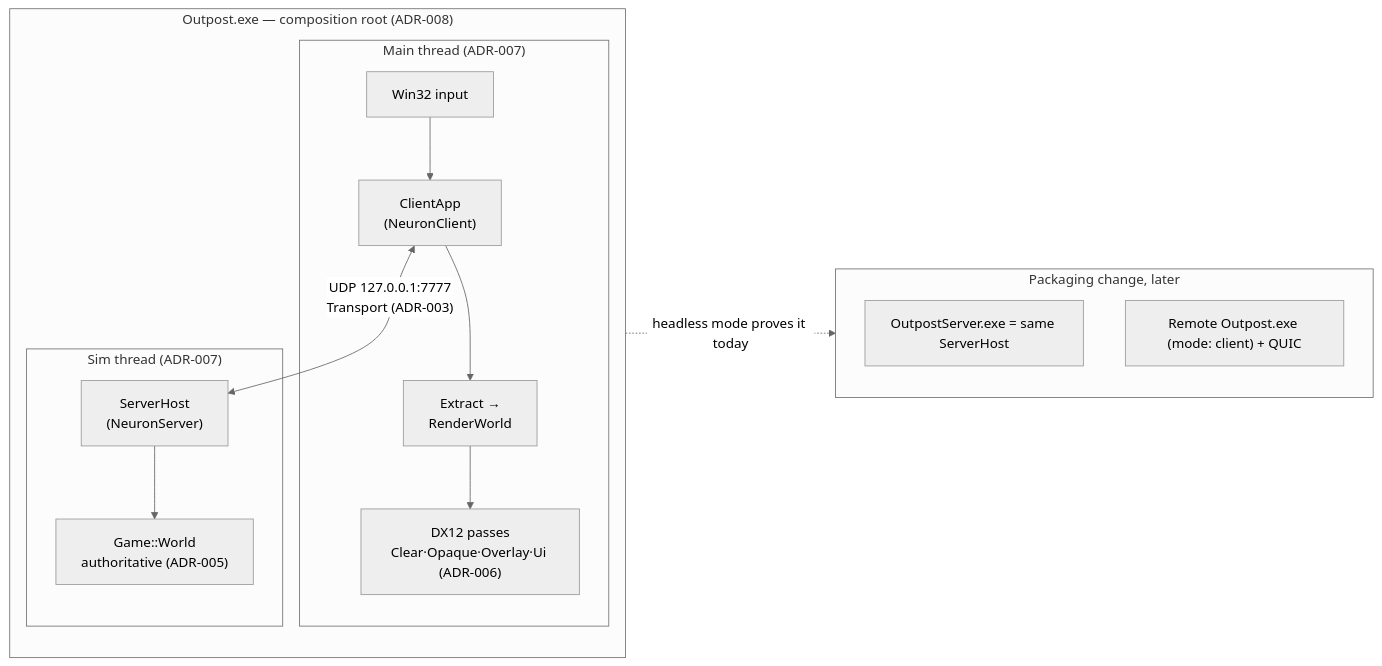
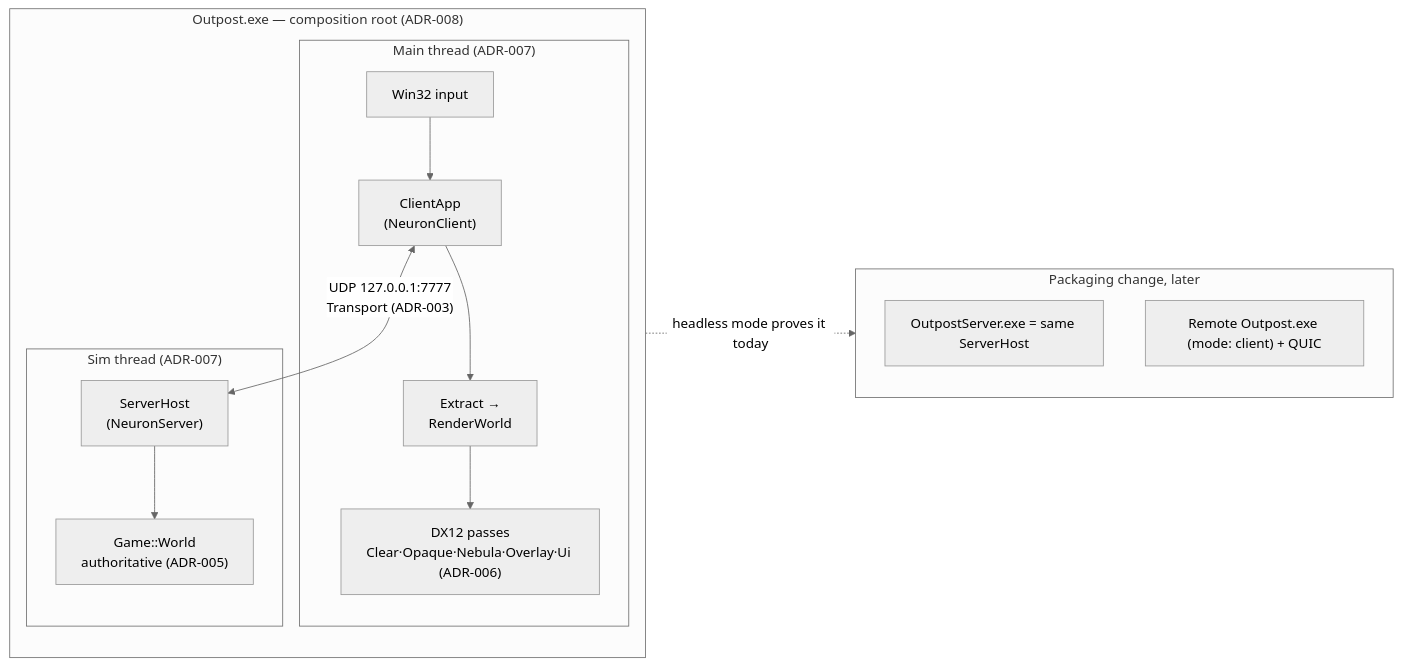
Before and after one commit to Zwaliebaba/Outpost.Frontier: the first of 2 diagrams in Design/Architecture-Overview.md, drawn with Mermaid (neutral theme). The commit also changed other lines of this file and 2 other files, not shown here.

````diff
--- a/Design/Architecture-Overview.md
+++ b/Design/Architecture-Overview.md
@@ -12,18 +13,18 @@
 ```mermaid
 flowchart LR
     subgraph EXE["Outpost.exe — composition root (ADR-008)"]
         subgraph MAINT["Main thread (ADR-007)"]
             IN[Win32 input] --> CA
-            CA["ClientApp<br/>(NeuronClient)"] --> RW["Extract →<br/>RenderWorld"] --> GPU["DX12 passes<br/>Clear·Opaque·Overlay·Ui (ADR-006)"]
+            CA["ClientApp<br/>(NeuronClient)"] --> RW["Extract →<br/>RenderWorld"] --> GPU["DX12 passes<br/>Clear·Opaque·Nebula·Overlay·Ui (ADR-006)"]
         end
         subgraph SIMT["Sim thread (ADR-007)"]
             SH["ServerHost<br/>(NeuronServer)"] --> W["Game::World<br/>authoritative (ADR-005)"]
         end
         CA <-- "UDP 127.0.0.1:7777<br/>Transport (ADR-003)" --> SH
     end
     subgraph FUT["Packaging change, later"]
         OS["OutpostServer.exe = same ServerHost"]
         RC["Remote Outpost.exe (mode: client) + QUIC"]
     end
     EXE -.->|"headless mode proves it today"| FUT
 ```
````
